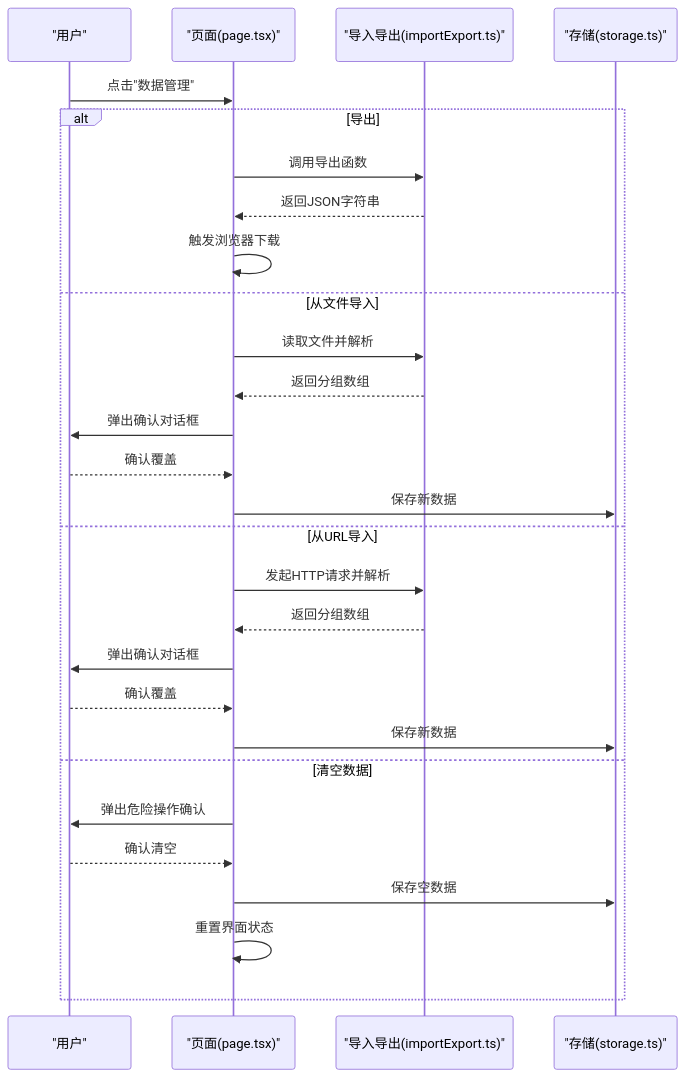
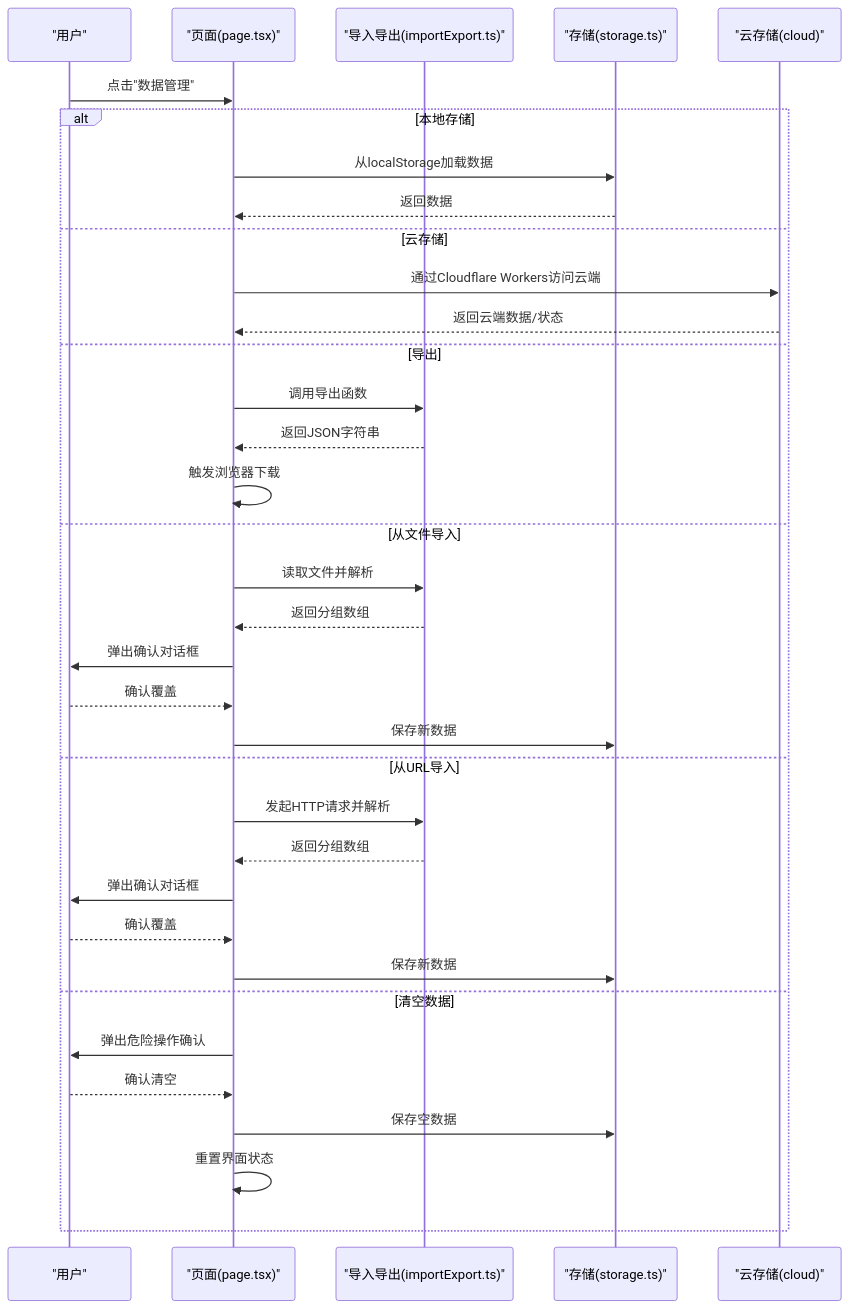
The second of 9 diagrams in .qoder/repowiki/zh/content/用户指南/数据管理/数据管理.md (steveyu2/formula-mapper), drawn with Mermaid before and after one commit. The commit also changed other lines of this file and 14 other files, not shown here.

````diff
--- a/.qoder/repowiki/zh/content/用户指南/数据管理/数据管理.md
+++ b/.qoder/repowiki/zh/content/用户指南/数据管理/数据管理.md
@@ -118,30 +165,37 @@
 ```mermaid
 sequenceDiagram
 participant U as "用户"
 participant P as "页面(page.tsx)"
 participant E as "导入导出(importExport.ts)"
 participant S as "存储(storage.ts)"
+participant CS as "云存储(cloud)"
 U->>P : 点击"数据管理"
-alt 导出
+alt 本地存储
+P->>S : 从localStorage加载数据
+S-->>P : 返回数据
+else 云存储
+P->>CS : 通过Cloudflare Workers访问云端
+CS-->>P : 返回云端数据/状态
+else 导出
 P->>E : 调用导出函数
 E-->>P : 返回JSON字符串
 P->>P : 触发浏览器下载
 else 从文件导入
 P->>E : 读取文件并解析
 E-->>P : 返回分组数组
 P->>U : 弹出确认对话框
 U-->>P : 确认覆盖
 P->>S : 保存新数据
 else 从URL导入
 P->>E : 发起HTTP请求并解析
 E-->>P : 返回分组数组
 P->>U : 弹出确认对话框
 U-->>P : 确认覆盖
 P->>S : 保存新数据
 else 清空数据
 P->>U : 弹出危险操作确认
 U-->>P : 确认清空
 P->>S : 保存空数据
 P->>P : 重置界面状态
 end
 ```
````
